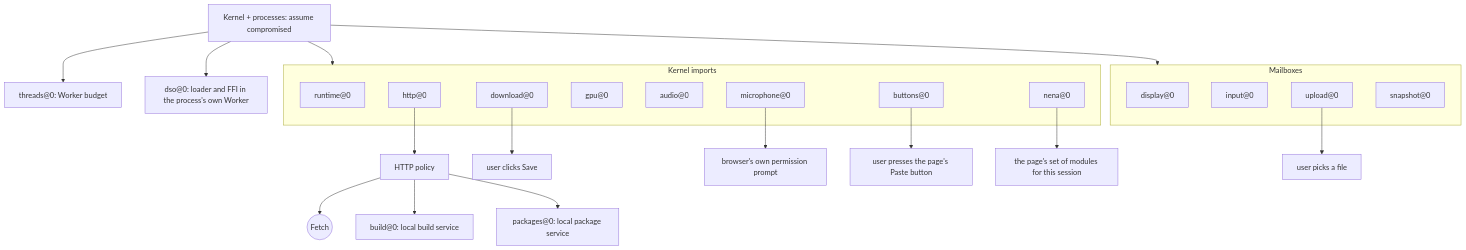
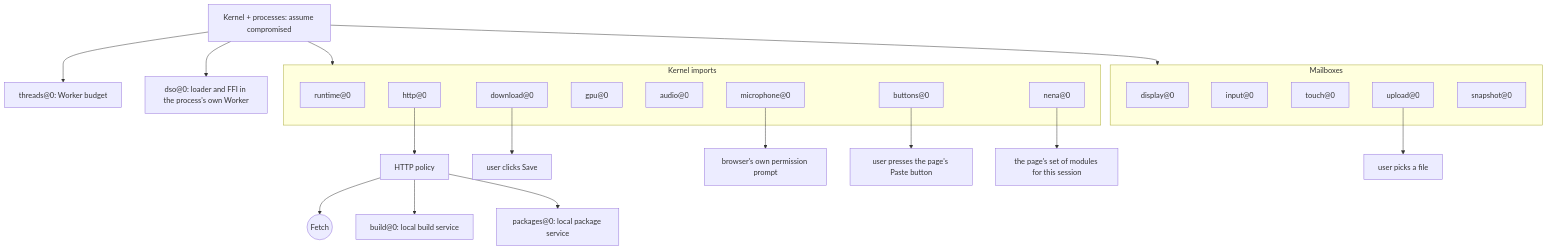
The diagram in docs/browser-boundary.md (daugasauron/dolly), drawn with Mermaid before and after one commit. The commit also changed other lines of this file and 25 other files, not shown here.

````diff
--- a/docs/browser-boundary.md
+++ b/docs/browser-boundary.md
@@ -13,35 +13,36 @@
 ```mermaid
 flowchart TB
   guest["Kernel + processes: assume compromised"]
   subgraph imports["Kernel imports"]
     rt["runtime@0"]
     http["http@0"]
     dl["download@0"]
     gpu["gpu@0"]
     au["audio@0"]
     mic["microphone@0"]
     btn["buttons@0"]
     nena["nena@0"]
   end
   subgraph mailboxes["Mailboxes"]
     disp["display@0"]
     inp["input@0"]
+    tch["touch@0"]
     up["upload@0"]
     snap["snapshot@0"]
   end
   th["threads@0: Worker budget"]
   dso["dso@0: loader and FFI in the process's own Worker"]
   guest --> imports
   guest --> mailboxes
   guest --> th
   guest --> dso
   http --> policy["HTTP policy"]
   policy --> fetch(("Fetch"))
   policy --> build["build@0: local build service"]
   policy --> packages["packages@0: local package service"]
   dl --> save["user clicks Save"]
   up --> picker["user picks a file"]
   mic --> prompt["browser's own permission prompt"]
   btn --> paste["user presses the page's Paste button"]
   nena --> set["the page's set of modules for this session"]
 ```
````
